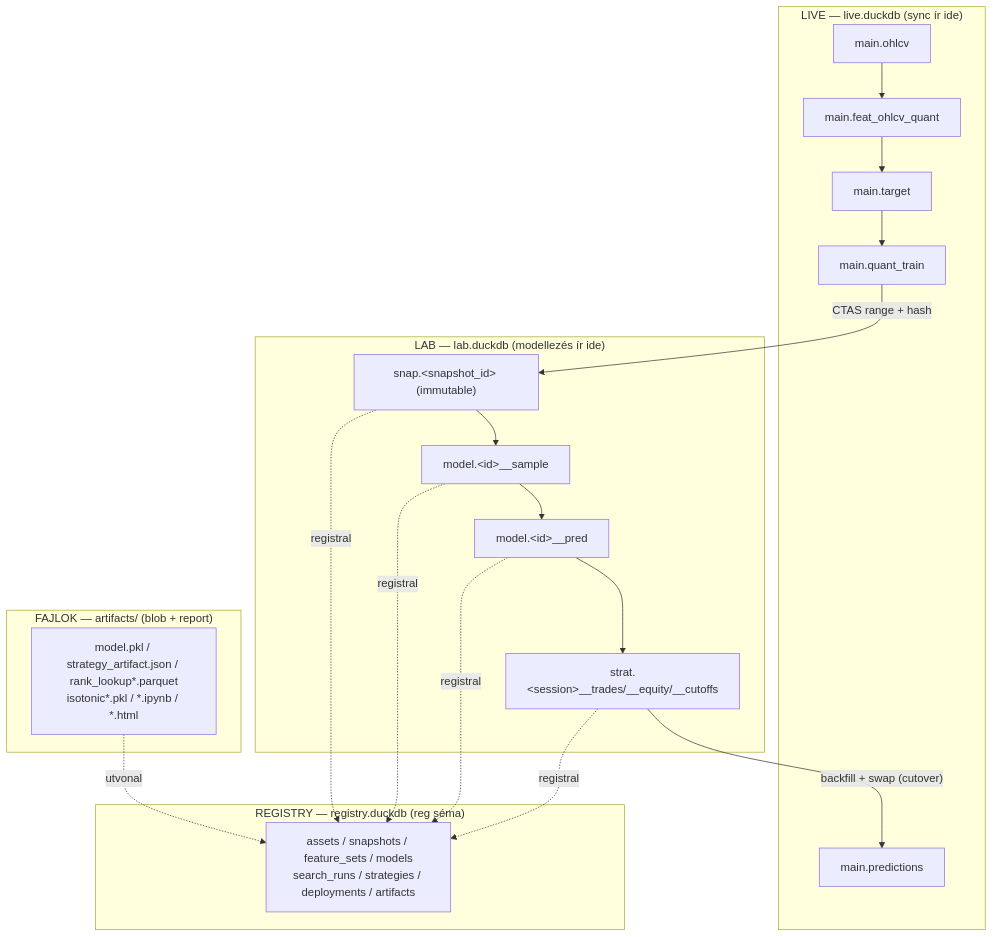
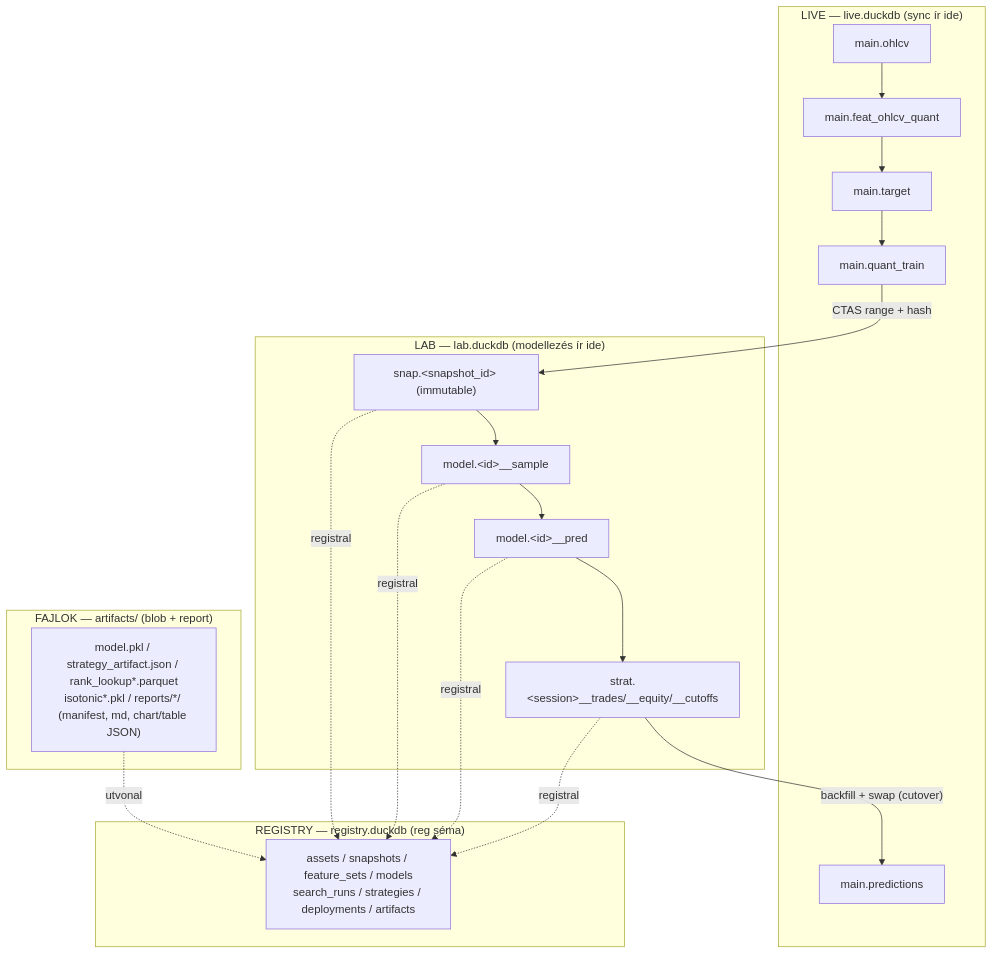
The first of 4 diagrams in _doc_/database_and_code_doc/0002_data_architecture.md (Nemesis14/chronoquant), drawn with Mermaid before and after one commit. The commit also changed other lines of this file and 1008 other files, not shown here.

````diff
--- a/_doc_/database_and_code_doc/0002_data_architecture.md
+++ b/_doc_/database_and_code_doc/0002_data_architecture.md
@@ -11,35 +11,35 @@
 ```mermaid
 flowchart TD
   subgraph LIVE["LIVE — live.duckdb (sync ír ide)"]
     OH["main.ohlcv"] --> FE["main.feat_ohlcv_quant"]
     FE --> TG["main.target"]
     TG --> QT["main.quant_train"]
     PR["main.predictions"]
   end
 
   subgraph LAB["LAB — lab.duckdb (modellezés ír ide)"]
     SNAP["snap.&lt;snapshot_id&gt; (immutable)"]
     SAMP["model.&lt;id&gt;__sample"]
     PRED["model.&lt;id&gt;__pred"]
     STR["strat.&lt;session&gt;__trades/__equity/__cutoffs"]
   end
 
   subgraph REG["REGISTRY — registry.duckdb (reg séma)"]
     RG["assets / snapshots / feature_sets / models\nsearch_runs / strategies / deployments / artifacts"]
   end
 
   subgraph FILES["FAJLOK — artifacts/ (blob + report)"]
-    F["model.pkl / strategy_artifact.json / rank_lookup*.parquet\nisotonic*.pkl / *.ipynb / *.html"]
+    F["model.pkl / strategy_artifact.json / rank_lookup*.parquet\nisotonic*.pkl / reports/*/ (manifest, md, chart/table JSON)"]
   end
 
   QT -->|"CTAS range + hash"| SNAP
   SNAP --> SAMP
   SAMP --> PRED
   PRED --> STR
   STR -->|"backfill + swap (cutover)"| PR
   SNAP -.->|registral| RG
   SAMP -.->|registral| RG
   PRED -.->|registral| RG
   STR  -.->|registral| RG
   F    -.->|utvonal| RG
 ```
````
